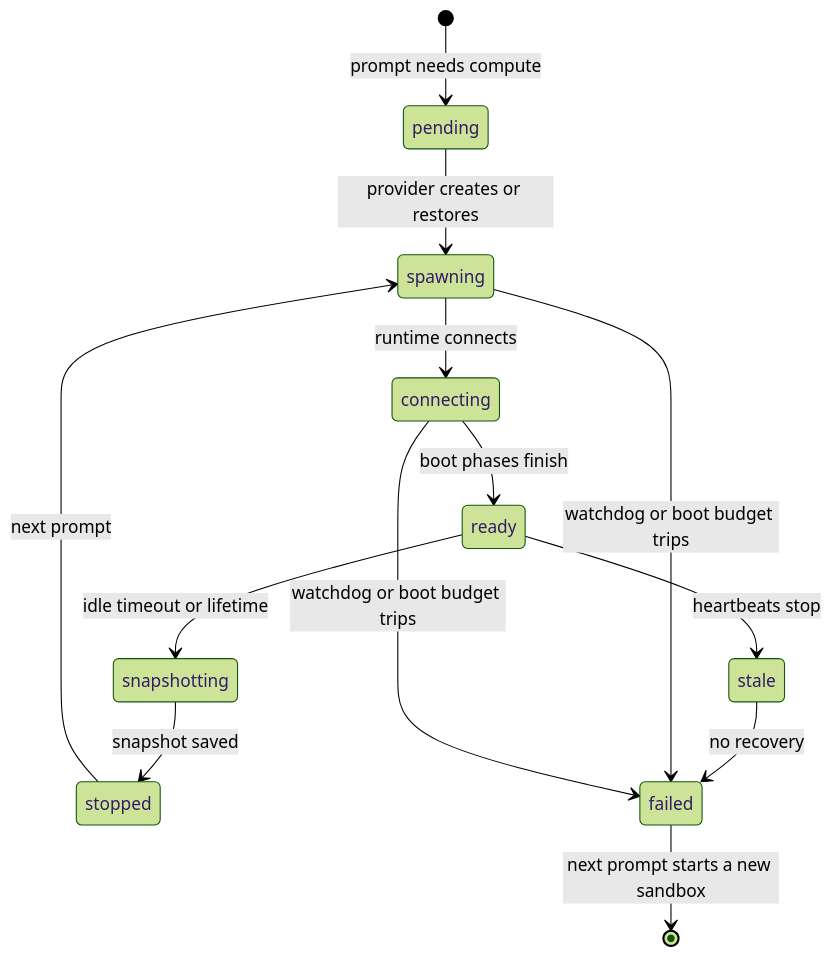
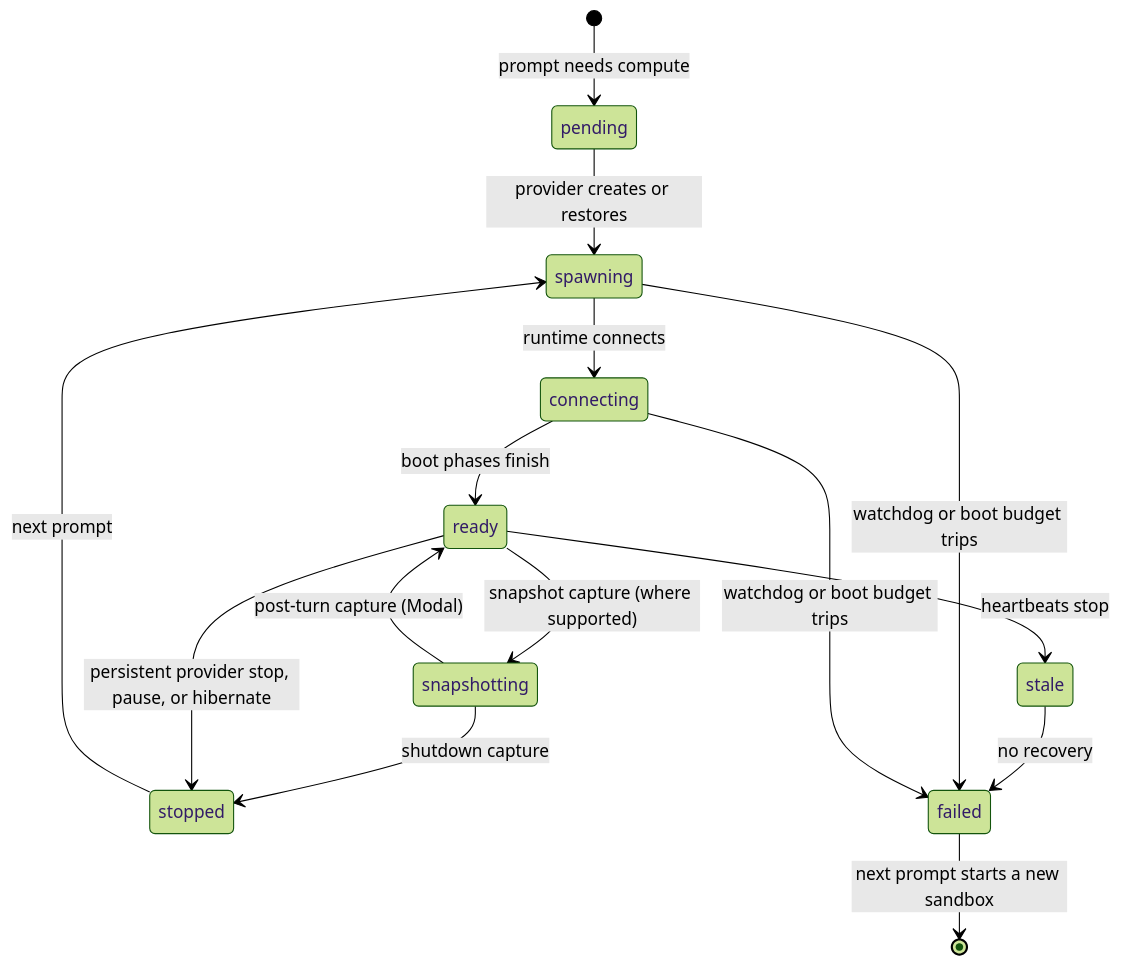
Before and after one commit to ColeMurray/background-agents: the second of 2 diagrams in packages/docs/content/docs/sessions/lifecycle-and-statuses.mdx, drawn with Mermaid (forest theme). The commit also changed other lines of this file and 24 other files, not shown here.

````diff
--- a/packages/docs/content/docs/sessions/lifecycle-and-statuses.mdx
+++ b/packages/docs/content/docs/sessions/lifecycle-and-statuses.mdx
@@ -75,17 +75,19 @@
 ```mermaid
 stateDiagram-v2
     accTitle: Sandbox status transitions
     direction TB
     [*] --> pending: prompt needs compute
     pending --> spawning: provider creates or restores
     spawning --> connecting: runtime connects
     connecting --> ready: boot phases finish
-    ready --> snapshotting: idle timeout or lifetime
-    snapshotting --> stopped: snapshot saved
+    ready --> snapshotting: snapshot capture (where supported)
+    snapshotting --> ready: post-turn capture (Modal)
+    snapshotting --> stopped: shutdown capture
+    ready --> stopped: persistent provider stop, pause, or hibernate
     stopped --> spawning: next prompt
     ready --> stale: heartbeats stop
     stale --> failed: no recovery
     spawning --> failed: watchdog or boot budget trips
     connecting --> failed: watchdog or boot budget trips
     failed --> [*]: next prompt starts a new sandbox
 ```
````
